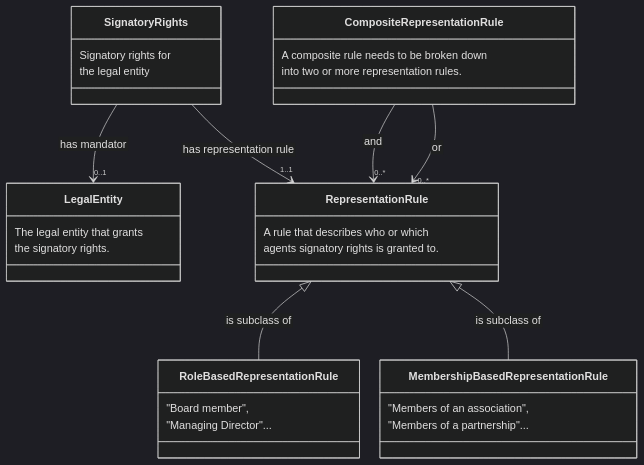
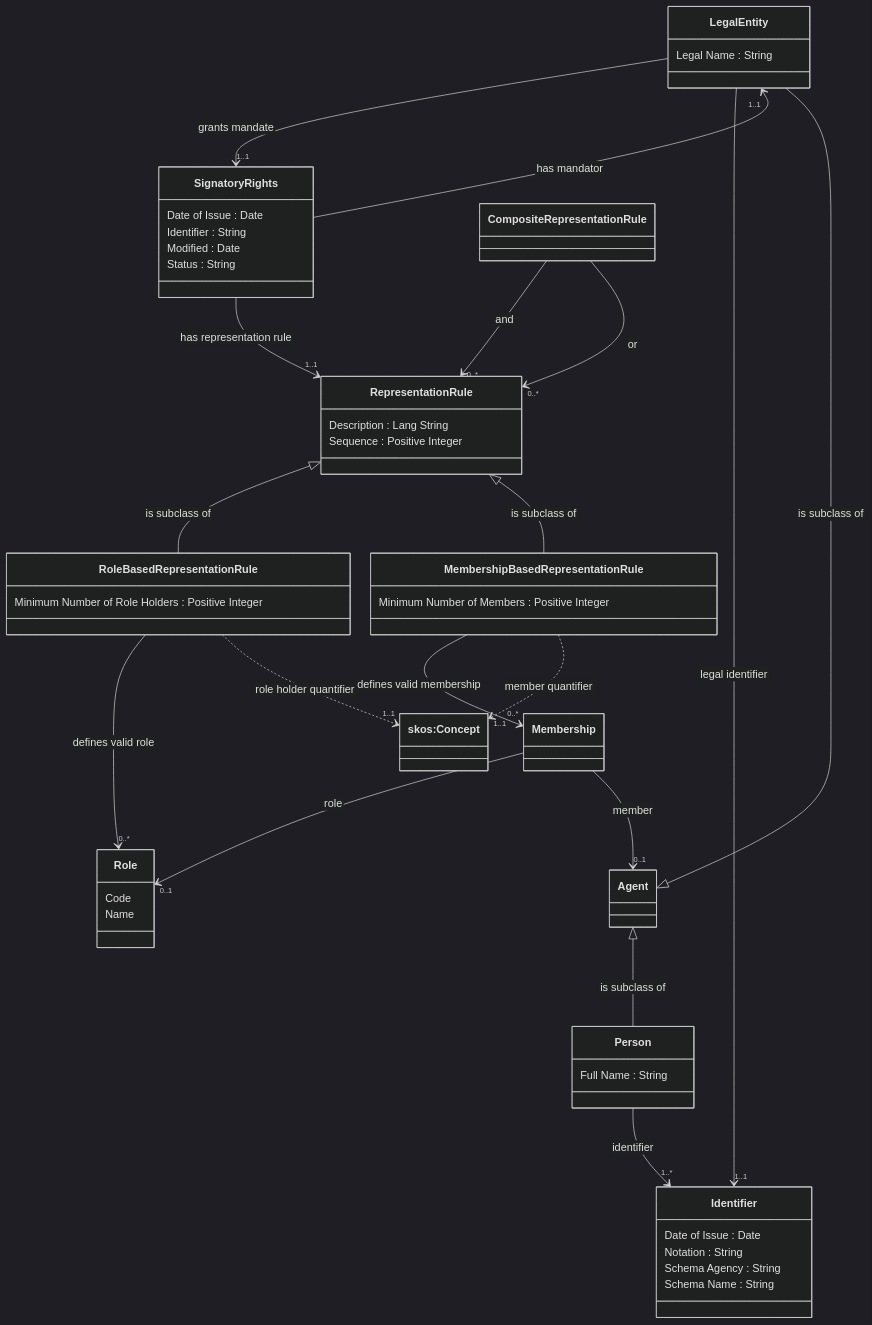
One commit to nordicsmartgovernment/Nordic-Signatory-Rights-Model changed the diagram in README.md. Above: the diagram before and after it, drawn with Mermaid (dark theme). The commit also changed other lines of this file, not shown here.

````diff
--- a/README.md
+++ b/README.md
@@ -23,47 +23,81 @@
 ```mermaid
  %%{init:{'flowchart':{'nodeSpacing': 30, 'rankSpacing': 95, 'htmlLabels': false}}}%%
     classDiagram
-        Representation Rule <|-- Role Based Representation Rule : is subclass of
-        Representation Rule <|-- Membership Based Representation Rule : is subclass of
+        class Legal Entity ["LegalEntity"] {
+           Legal Name : String
+        }
+        direction TB
+
+        Legal Entity --> "1..1" Signatory Rights:grants mandate
+        Legal Entity --> "1..1" Identifier : legal identifier
 
         class Signatory Rights {
-            Signatory rights for
-            the legal entity
+            Date of Issue : Date
+            Identifier : String
+            Modified : Date
+            Status : String
         }
 
-        Signatory Rights --> "0..1" Legal Entity : has mandator
+        Signatory Rights --> "1..1" LegalEntity : has mandator
         Signatory Rights --> "1..1" Representation Rule : has representation rule
 
-        class Legal Entity {
-           The legal entity that grants
-           the signatory rights.
+        class AgentLegalEntity["Agent"] {
         }
 
         class Representation Rule {
-           A rule that describes who or which
-           agents signatory rights is granted to.
+           Description : Lang String
+           Sequence : Positive Integer
         }
 
         class Role Based Representation Rule {
-           "Board member",
-           "Managing Director"...
+           Minimum Number of Role Holders : Positive Integer
         }
 
+        Role Based Representation Rule --> "0..*" Role : defines valid role
+        Role Based Representation Rule ..> "1..1" SKOSConcept : role holder quantifier
+
         class Membership Based Representation Rule {
-           "Members of an association",
-           "Members of a partnership"...
+           Minimum Number of Members : Positive Integer
         }
 
+        Membership Based Representation Rule --> "0..*" Membership : defines valid membership
+        Membership Based Representation Rule ..> "1..1" SKOSConcept : member quantifier
+
         class Composite Representation Rule {
-           A composite rule needs to be broken down
-           into two or more representation rules.
         }
 
         Composite Representation Rule --> "0..*" Representation Rule : and
         Composite Representation Rule --> "0..*" Representation Rule : or
 
-```mermaid
-## Complete model
-A complete model showing all classes, attributes, and associations.
+        class Role {
+           Code
+           Name
+        }
 
+        class SKOSConcept["skos:Concept"] {
+        }
+
+        class Membership {
+        }
+
+        Membership --> "0..1" Role : role
+        Membership --> "0..1" AgentLegalEntity : member
+
+        class Person {
+           Full Name : String
+        }
+
+        Person --> "1..*" Identifier : identifier
+
+        class Identifier {
+           Date of Issue : Date
+           Notation : String
+           Schema Agency : String
+           Schema Name : String
+        }
+
+        Representation Rule <|-- Role Based Representation Rule : is subclass of
+        Representation Rule <|-- Membership Based Representation Rule : is subclass of
+        AgentLegalEntity <|-- Person : is subclass of
+        AgentLegalEntity <|-- Legal Entity : is subclass of
 ```
````
